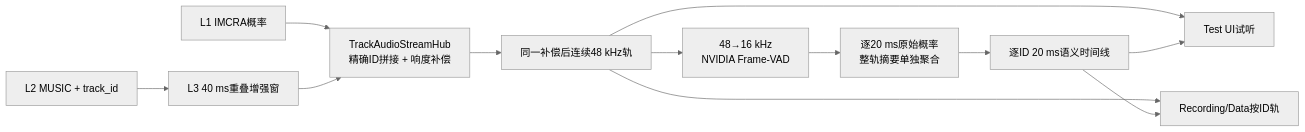
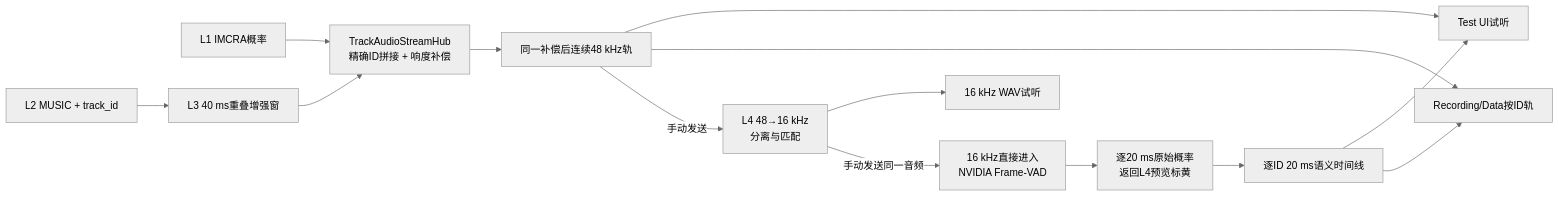
The diagram in ARCHITECTURE_V1.1_TARGET.md (Dwan-123456/micarray-6plus1-voice-direction), drawn with Mermaid (neutral theme) before and after one commit. The commit also changed other lines of this file and 16 other files, not shown here.

````diff
--- a/ARCHITECTURE_V1.1_TARGET.md
+++ b/ARCHITECTURE_V1.1_TARGET.md
@@ -76,14 +79,16 @@
 ```mermaid
 flowchart LR
     L1["L1 IMCRA概率"] --> HUB["TrackAudioStreamHub<br/>精确ID拼接 + 响度补偿"]
     L2["L2 MUSIC + track_id"] --> L3["L3 40 ms重叠增强窗"]
     L3 --> HUB
     HUB --> TRACK["同一补偿后连续48 kHz轨"]
     TRACK --> UI["Test UI试听"]
     TRACK --> REC["Recording/Data按ID轨"]
-    TRACK --> NV["48→16 kHz<br/>NVIDIA Frame-VAD"]
-    NV --> L5["逐20 ms原始概率<br/>整轨摘要单独聚合"]
+    TRACK -->|"手动发送"| L4["L4 48→16 kHz<br/>分离与匹配"]
+    L4 --> L4UI["16 kHz WAV试听"]
+    L4 -->|"手动发送同一音频"| NV["16 kHz直接进入<br/>NVIDIA Frame-VAD"]
+    NV --> L5["逐20 ms原始概率<br/>返回L4预览标黄"]
     L5 --> SEM["逐ID 20 ms语义时间线"]
     SEM --> UI
     SEM --> REC
 ```
````
